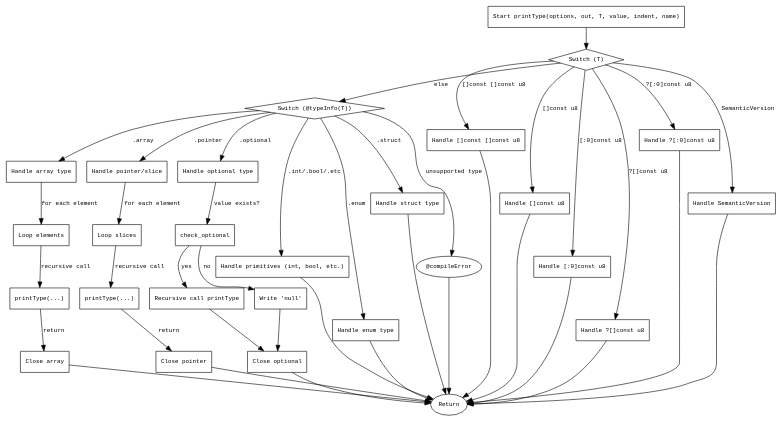
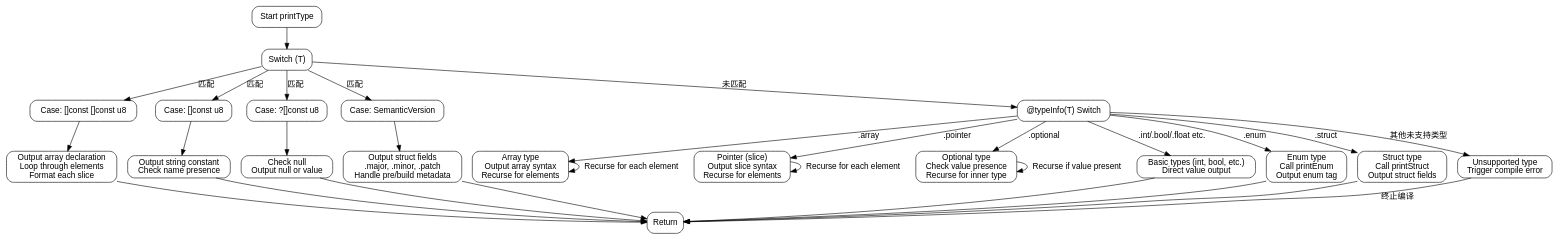
The diagram in dot_std/Build/Step/Options.zig.printType.md (sdzx-1/deepseek-zig-reader), drawn with Graphviz before and after one commit. The commit also changed other lines of this file and 236 other files, not shown here.

````diff
--- a/dot_std/Build/Step/Options.zig.printType.md
+++ b/dot_std/Build/Step/Options.zig.printType.md
@@ -30,80 +30,61 @@
 ```dot
 digraph flowchart {
-    node [shape=rectangle, fontname="Courier", fontsize=10];
-    edge [fontname="Courier", fontsize=10];
+    node [shape=rectangle, style=rounded, fontname=Helvetica]
+    edge [fontname=Helvetica]
 
-    start [label="Start printType(options, out, T, value, indent, name)"];
-    switch_T [label="Switch (T)", shape=diamond];
-    switch_type_info [label="Switch (@typeInfo(T))", shape=diamond];
-    handle_slice_slice [label="Handle []const []const u8"];
-    handle_slice_u8 [label="Handle []const u8"];
-    handle_slice0_u8 [label="Handle [:0]const u8"];
-    handle_optional_slice [label="Handle ?[]const u8"];
-    handle_optional_slice0 [label="Handle ?[:0]const u8"];
-    handle_semver [label="Handle SemanticVersion"];
-    handle_array [label="Handle array type"];
-    handle_pointer [label="Handle pointer/slice"];
-    handle_optional [label="Handle optional type"];
-    handle_primitives [label="Handle primitives (int, bool, etc.)"];
-    handle_enum [label="Handle enum type"];
-    handle_struct [label="Handle struct type"];
-    error [label="@compileError", shape=ellipse];
-    end [label="Return", shape=ellipse];
+    start [label="Start printType"]
+    switch_T [label="Switch (T)"]
+    case_array_of_slices [label="Case: []const []const u8"]
+    handle_array_of_slices [label="Output array declaration\nLoop through elements\nFormat each slice"]
+    case_slice [label="Case: []const u8"]
+    handle_slice [label="Output string constant\nCheck name presence"]
+    case_nullable_slice [label="Case: ?[]const u8"]
+    handle_nullable_slice [label="Check null\nOutput null or value"]
+    case_semver [label="Case: SemanticVersion"]
+    handle_semver [label="Output struct fields\n.major, .minor, .patch\nHandle pre/build metadata"]
+    typeinfo_switch [label="@typeInfo(T) Switch"]
+    array_type [label="Array type\nOutput array syntax\nRecurse for elements"]
+    pointer_type [label="Pointer (slice)\nOutput slice syntax\nRecurse for elements"]
+    optional_type [label="Optional type\nCheck value presence\nRecurse for inner type"]
+    basic_types [label="Basic types (int, bool, etc.)\nDirect value output"]
+    enum_type [label="Enum type\nCall printEnum\nOutput enum tag"]
+    struct_type [label="Struct type\nCall printStruct\nOutput struct fields"]
+    error_case [label="Unsupported type\nTrigger compile error"]
+    end [label="Return"]
 
-    start -> switch_T;
+    start -> switch_T
+    switch_T -> case_array_of_slices [label="匹配"]
+    case_array_of_slices -> handle_array_of_slices -> end
 
-    switch_T -> handle_slice_slice [label="[]const []const u8"];
-    switch_T -> handle_slice_u8 [label="[]const u8"];
-    switch_T -> handle_slice0_u8 [label="[:0]const u8"];
-    switch_T -> handle_optional_slice [label="?[]const u8"];
-    switch_T -> handle_optional_slice0 [label="?[:0]const u8"];
-    switch_T -> handle_semver [label="SemanticVersion"];
-    switch_T -> switch_type_info [label="else"];
+    switch_T -> case_slice [label="匹配"]
+    case_slice -> handle_slice -> end
 
-    handle_slice_slice -> end;
-    handle_slice_u8 -> end;
-    handle_slice0_u8 -> end;
-    handle_optional_slice -> end;
-    handle_optional_slice0 -> end;
-    handle_semver -> end;
+    switch_T -> case_nullable_slice [label="匹配"]
+    case_nullable_slice -> handle_nullable_slice -> end
 
-    switch_type_info -> handle_array [label=".array"];
-    switch_type_info -> handle_pointer [label=".pointer"];
-    switch_type_info -> handle_optional [label=".optional"];
-    switch_type_info -> handle_primitives [label=".int/.bool/.etc"];
-    switch_type_info -> handle_enum [label=".enum"];
-    switch_type_info -> handle_struct [label=".struct"];
-    switch_type_info -> error [label="unsupported type"];
+    switch_T -> case_semver [label="匹配"]
+    case_semver -> handle_semver -> end
 
-    handle_array -> loop_array [label="for each element"];
-    loop_array [label="Loop elements", shape=box];
-    loop_array -> printType_recursive [label="recursive call"];
-    printType_recursive [label="printType(...)", shape=box];
-    printType_recursive -> end_array [label="return"];
-    end_array [label="Close array", shape=box];
-    end_array -> end;
+    switch_T -> typeinfo_switch [label="未匹配"]
+    typeinfo_switch -> array_type [label=".array"]
+    array_type -> array_type [label="Recurse for each element"]
 
-    handle_pointer -> loop_pointer [label="for each element"];
-    loop_pointer [label="Loop slices", shape=box];
-    loop_pointer -> printType_recursive2 [label="recursive call"];
-    printType_recursive2 [label="printType(...)", shape=box];
-    printType_recursive2 -> end_pointer [label="return"];
-    end_pointer [label="Close pointer", shape=box];
-    end_pointer -> end;
+    typeinfo_switch -> pointer_type [label=".pointer"]
+    pointer_type -> pointer_type [label="Recurse for each element"]
 
-    handle_optional -> check_optional [label="value exists?", shape=diamond];
-    check_optional -> print_inner [label="yes"];
-    check_optional -> write_null [label="no"];
-    print_inner [label="Recursive call printType"];
-    print_inner -> end_optional;
-    write_null [label="Write 'null'"];
-    write_null -> end_optional;
-    end_optional [label="Close optional", shape=box];
-    end_optional -> end;
+    typeinfo_switch -> optional_type [label=".optional"]
+    optional_type -> optional_type [label="Recurse if value present"]
 
-    handle_primitives -> end;
-    handle_enum -> end;
-    handle_struct -> end;
-    error -> end;
+    typeinfo_switch -> basic_types [label=".int/.bool/.float etc."]
+    basic_types -> end
+
+    typeinfo_switch -> enum_type [label=".enum"]
+    enum_type -> end
+
+    typeinfo_switch -> struct_type [label=".struct"]
+    struct_type -> end
+
+    typeinfo_switch -> error_case [label="其他未支持类型"]
+    error_case -> end [label="终止编译"]
 }
 ```
````
